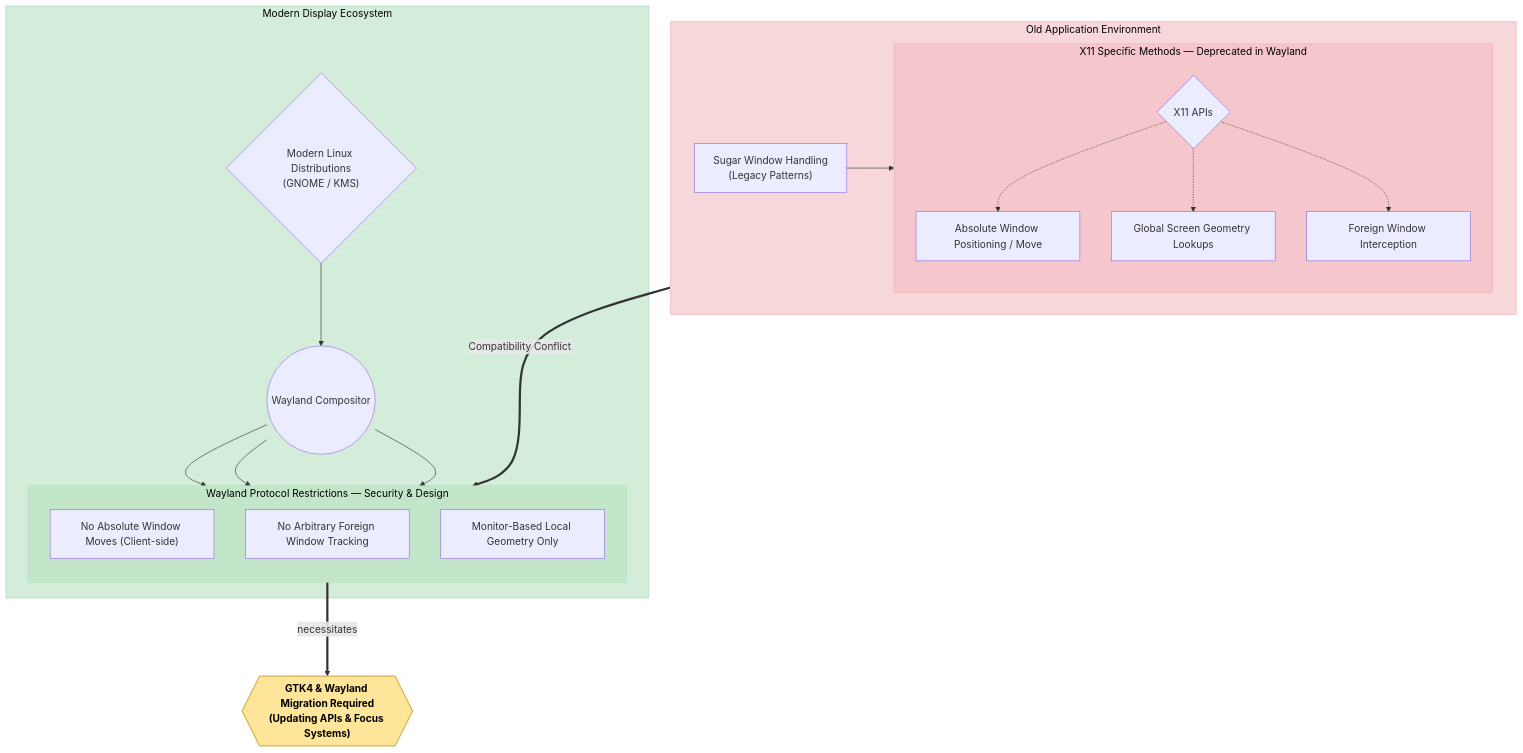
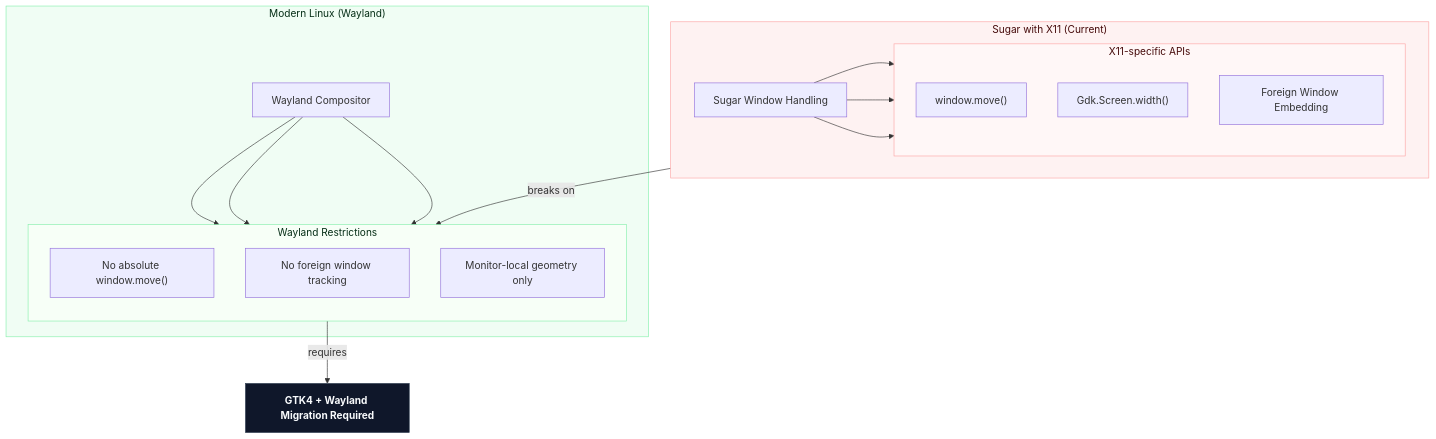
Before and after one commit to Dev10-sys/sugar-proposal-gtk: the ninth of 11 diagrams in proposal.md, drawn with Mermaid. The commit also changed other lines of this file, not shown here.

Commit message:
Refine diagram styles and formatting in proposal.md

````diff
--- a/proposal.md
+++ b/proposal.md
@@ -583,47 +588,43 @@
 ```mermaid
 flowchart TD
-    subgraph LegacyEnv ["Old Application Environment"]
-        OldSugar["Sugar Window Handling\n(Legacy Patterns)"]
+    subgraph LegacyEnv ["Sugar with X11 (Current)"]
+        OldSugar["Sugar Window Handling"]
 
-        subgraph X11Features ["X11 Specific Methods — Deprecated in Wayland"]
+        subgraph X11APIs ["X11-specific APIs"]
             direction TB
-            X11Calls{"X11 APIs"}
-            WindowMove["Absolute Window Positioning / Move"]
-            ScreenSize["Global Screen Geometry Lookups"]
-            ForeignWindows["Foreign Window Interception"]
+            WindowMove["window.move()"]
+            ScreenSize["Gdk.Screen.width()"]
+            ForeignWindows["Foreign Window Embedding"]
         end
 
-        OldSugar --> X11Calls
-        X11Calls -.-> WindowMove
-        X11Calls -.-> ScreenSize
-        X11Calls -.-> ForeignWindows
+        OldSugar --> WindowMove
+        OldSugar --> ScreenSize
+        OldSugar --> ForeignWindows
     end
 
-    subgraph ModernEnv ["Modern Display Ecosystem"]
-        NewLinux{"Modern Linux Distributions\n(GNOME / KMS)"}
-        Wayland(("Wayland Compositor"))
+    subgraph ModernEnv ["Modern Linux (Wayland)"]
+        Wayland["Wayland Compositor"]
 
-        subgraph WaylandRestrictions ["Wayland Protocol Restrictions — Security & Design"]
+        subgraph Restrictions ["Wayland Restrictions"]
             direction TB
-            Restriction1["No Absolute Window Moves (Client-side)"]
-            Restriction2["No Arbitrary Foreign Window Tracking"]
-            Restriction3["Monitor-Based Local Geometry Only"]
+            R1["No absolute window.move()"]
+            R2["No foreign window tracking"]
+            R3["Monitor-local geometry only"]
         end
 
-        NewLinux --> Wayland
-        Wayland --> Restriction1
-        Wayland --> Restriction2
-        Wayland --> Restriction3
+        Wayland --> R1
+        Wayland --> R2
+        Wayland --> R3
     end
 
-    LegacyEnv ===>|Compatibility Conflict| WaylandRestrictions
-    WaylandRestrictions ===>|necessitates| Result
+    LegacyEnv -->|breaks on| Restrictions
+    Restrictions -->|requires| Result
 
-    Result{{"GTK4 & Wayland Migration Required\n(Updating APIs & Focus Systems)"}}
+    Result["GTK4 + Wayland Migration Required"]
 
-    style LegacyEnv fill:#f8d7da,stroke:#f5c6cb,stroke-width:2px,color:#000000
-    style X11Features fill:#f5c6cb,stroke:#f1b0b7,stroke-width:1px,color:#000000
-    style ModernEnv fill:#d4edda,stroke:#c3e6cb,stroke-width:2px,color:#000000
-    style WaylandRestrictions fill:#c3e6cb,stroke:#b1dfbb,stroke-width:1px,color:#000000
-    style Result fill:#ffe599,stroke:#d6b656,stroke-width:2px,color:#000000,font-weight:bold
+    style LegacyEnv fill:#fef2f2,stroke:#fca5a5,color:#450a0a
+    style X11APIs fill:#fff7f7,stroke:#fca5a5,color:#450a0a
+    style ModernEnv fill:#f0fdf4,stroke:#86efac,color:#052e16
+    style Restrictions fill:#f7fff7,stroke:#86efac,color:#052e16
+    style Result fill:#0f172a,stroke:#334155,color:#f8fafc,font-weight:bold
 ```
````
